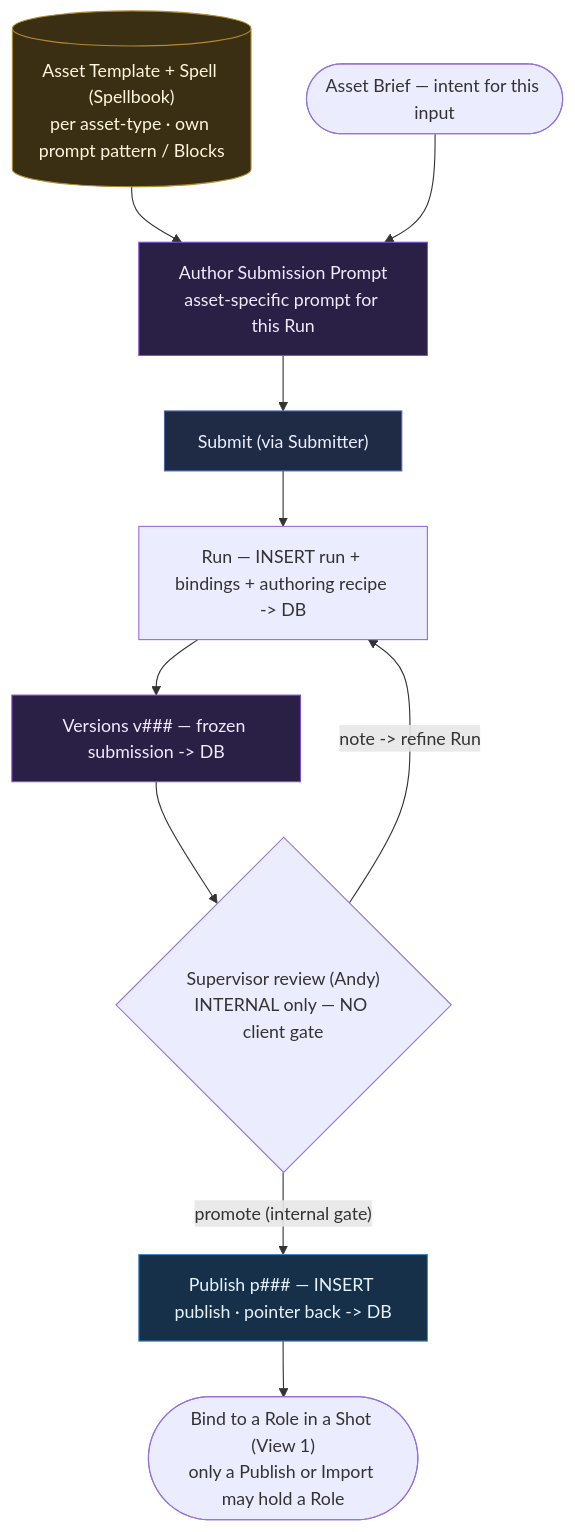
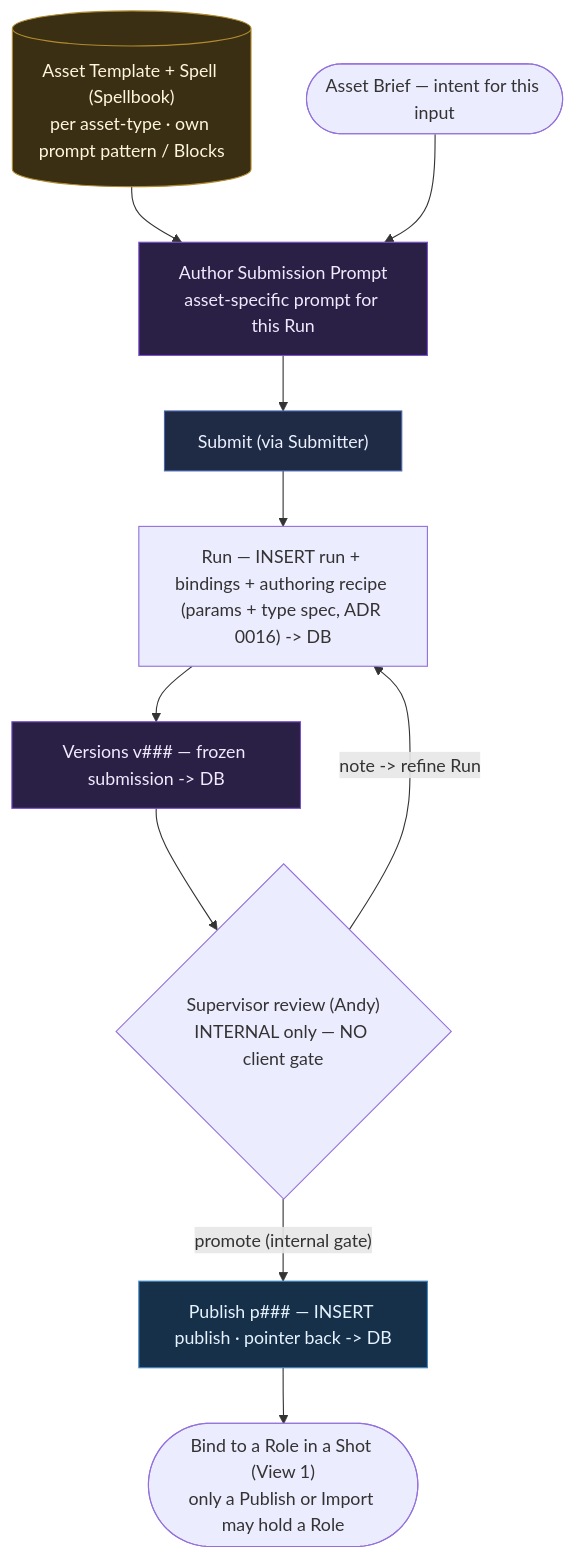
The second of 3 diagrams in PIPELINE.md (VFXhack/fleet_skills), drawn with Mermaid before and after one commit. The commit also changed other lines of this file and 1 other file, not shown here.

First line of the commit message:
Session 6: conform PIPELINE flowchart to spec model + handoff

````diff
--- a/PIPELINE.md
+++ b/PIPELINE.md
@@ -163,21 +163,21 @@
 ```mermaid
 flowchart TD
     %% ===== VIEW 1b — ASSET PRODUCTION SUB-FLOW (supervisor-only) =====
     ABRIEF(["Asset Brief — intent for this input"])
     ATPL[("Asset Template + Spell (Spellbook)<br/>per asset-type · own prompt pattern / Blocks")]:::book
     AAUTH["Author Submission Prompt<br/>asset-specific prompt for this Run"]:::ai
     ATPL --> AAUTH
     ABRIEF --> AAUTH
     AAUTH --> ASUB["Submit (via Submitter)"]:::sys
-    ASUB --> ARUN["Run — INSERT run + bindings + authoring recipe -> DB"]
+    ASUB --> ARUN["Run — INSERT run + bindings + authoring recipe (params + type spec, ADR 0016) -> DB"]
     ARUN --> AVERS["Versions v### — frozen submission -> DB"]:::ai
     AVERS --> ASUP{"Supervisor review (Andy)<br/>INTERNAL only — NO client gate"}
     ASUP -->|"note -> refine Run"| ARUN
     ASUP -->|"promote (internal gate)"| APUB["Publish p### — INSERT publish · pointer back -> DB"]:::pub
     APUB --> AROLE(["Bind to a Role in a Shot (View 1)<br/>only a Publish or Import may hold a Role"])
 
     classDef sys fill:#1f2a44,stroke:#4866b0,color:#eaf0ff;
     classDef ai fill:#2a1f44,stroke:#7a4fd0,color:#f1eaff;
     classDef book fill:#3a2f12,stroke:#b08a2f,color:#fff6e0;
     classDef pub fill:#16304a,stroke:#3f86c4,color:#e6f3ff;
 ```
````
